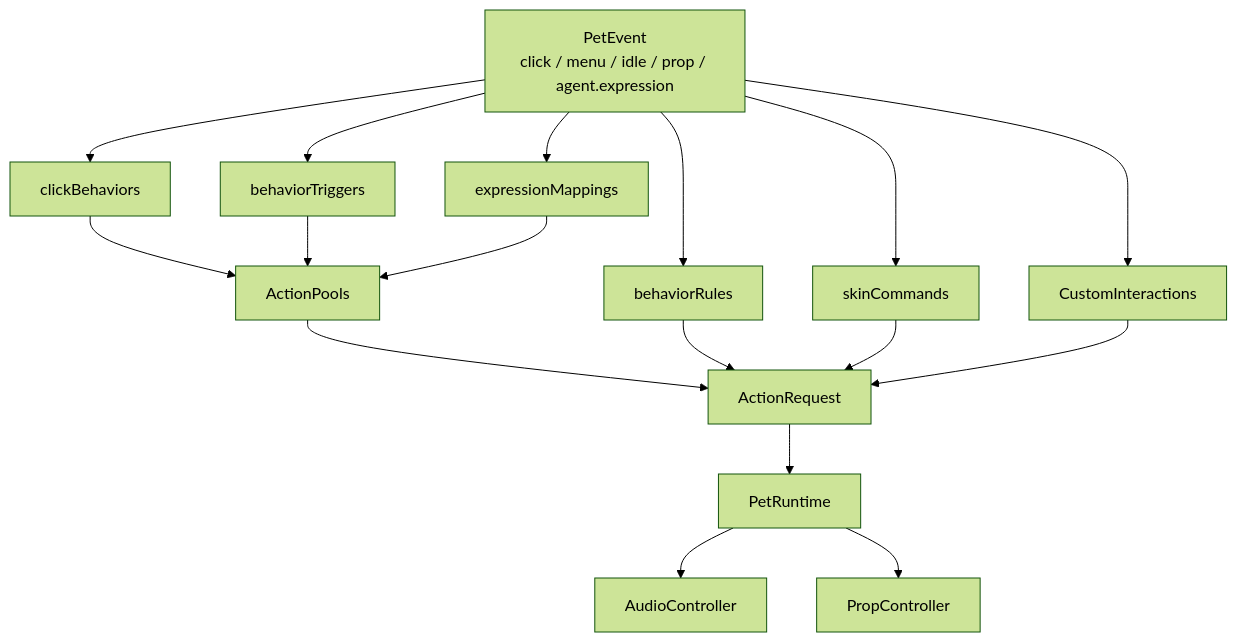
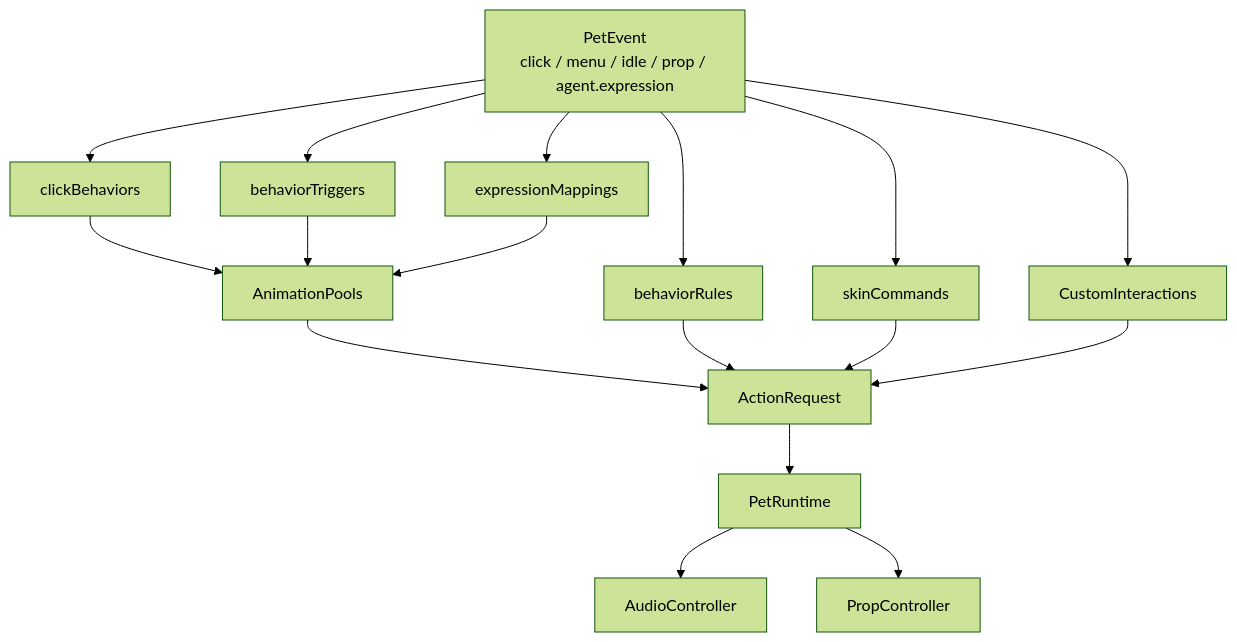
The second of 5 diagrams in docs/v2/设计方案/皮肤包播放行为设计.md (tiantian180/MilesEdgeworth), drawn with Mermaid (forest theme) before and after one commit. The commit also changed other lines of this file and 7 other files, not shown here.

````diff
--- a/docs/v2/设计方案/皮肤包播放行为设计.md
+++ b/docs/v2/设计方案/皮肤包播放行为设计.md
@@ -81,32 +79,32 @@
 ```mermaid
 flowchart TD
     Event["PetEvent<br/>click / menu / idle / prop / agent.expression"]
     Click["clickBehaviors"]
     Rule["behaviorRules"]
     Trigger["behaviorTriggers"]
     Command["skinCommands"]
     Expr["expressionMappings"]
     CI["CustomInteractions"]
-    Pool["ActionPools"]
+    Pool["AnimationPools"]
     Request["ActionRequest"]
     Runtime["PetRuntime"]
     Audio["AudioController"]
     Prop["PropController"]
 
     Event --> Click
     Event --> Rule
     Event --> Trigger
     Event --> Command
     Event --> Expr
     Event --> CI
     Click --> Pool
     Trigger --> Pool
     Expr --> Pool
     Pool --> Request
     Rule --> Request
     Command --> Request
     CI --> Request
     Request --> Runtime
     Runtime --> Audio
     Runtime --> Prop
 ```
````
